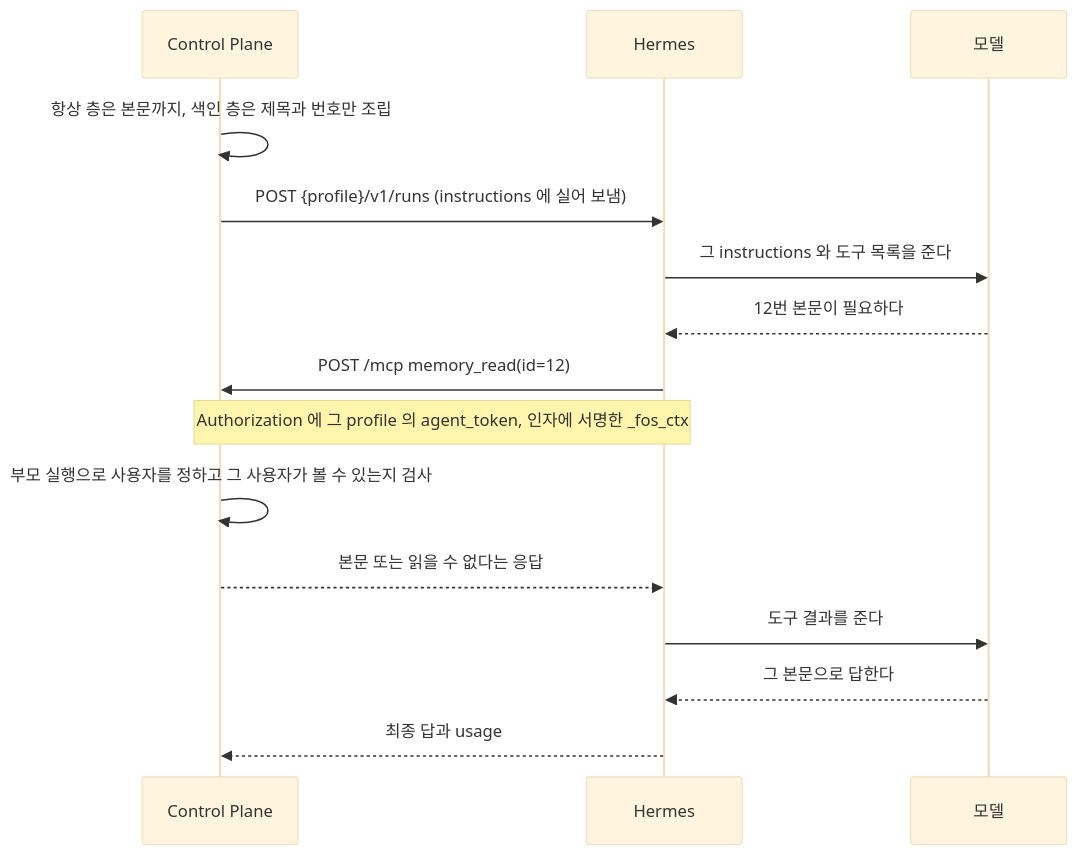
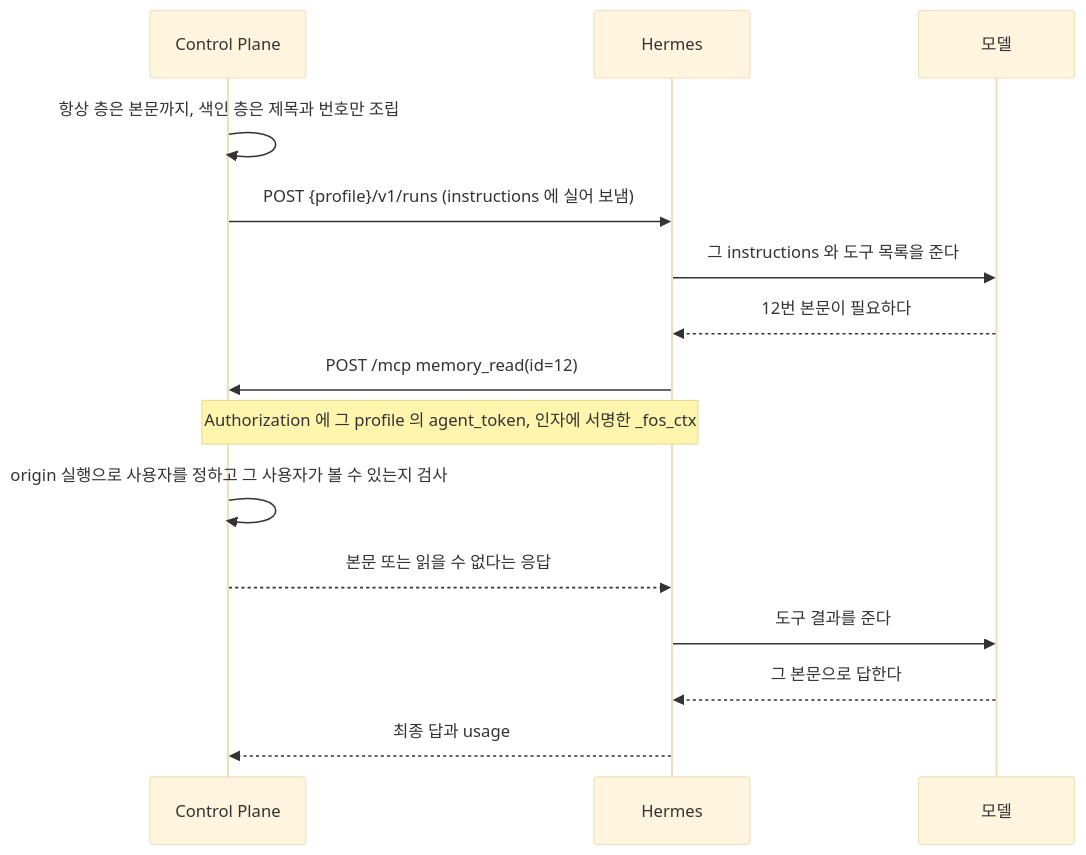
Diagram 12 of 22 in docs/flow.md (jon890/fos-assistant), drawn with Mermaid (base theme) before and after one commit. The commit also changed other lines of this file and 12 other files, not shown here.

````diff
--- a/docs/flow.md
+++ b/docs/flow.md
@@ -642,18 +643,18 @@
 ```mermaid
 sequenceDiagram
     participant C as Control Plane
     participant H as Hermes
     participant M as 모델
 
     C->>C: 항상 층은 본문까지, 색인 층은 제목과 번호만 조립
     C->>H: POST {profile}/v1/runs (instructions 에 실어 보냄)
     H->>M: 그 instructions 와 도구 목록을 준다
     M-->>H: 12번 본문이 필요하다
     H->>C: POST /mcp  memory_read(id=12)
     Note over H,C: Authorization 에 그 profile 의 agent_token, 인자에 서명한 _fos_ctx
-    C->>C: 부모 실행으로 사용자를 정하고 그 사용자가 볼 수 있는지 검사
+    C->>C: origin 실행으로 사용자를 정하고 그 사용자가 볼 수 있는지 검사
     C-->>H: 본문 또는 읽을 수 없다는 응답
     H->>M: 도구 결과를 준다
     M-->>H: 그 본문으로 답한다
     H-->>C: 최종 답과 usage
 ```
````
